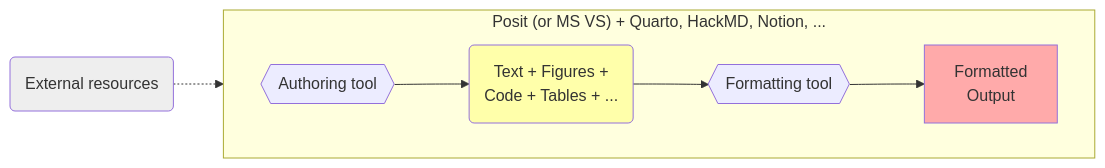
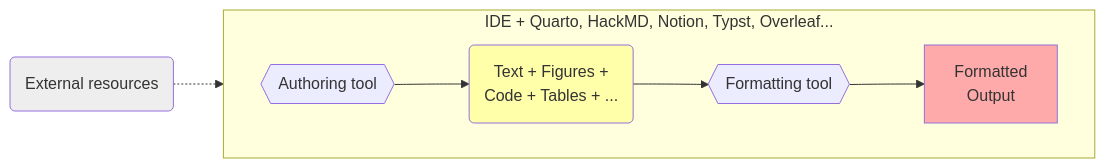
The second of 2 diagrams in booksource/introduction/authoring-and-formatting-tools.md (TAILOR-UoB/new_ways_of_publishing), drawn with Mermaid before and after one commit. The commit also changed other lines of this file and 4 other files, not shown here.

````diff
--- a/booksource/introduction/authoring-and-formatting-tools.md
+++ b/booksource/introduction/authoring-and-formatting-tools.md
@@ -41,14 +42,14 @@
 ```{mermaid}
 flowchart LR
   
     E1("External resources"):::external -.-> A1
-    subgraph "Posit (or MS VS) + Quarto, HackMD, Notion, ..." 
+    subgraph "IDE + Quarto, HackMD, Notion, Typst, Overleaf..." 
       direction LR
       A1{{"Authoring tool"}} --> I1("Text + Figures +\nCode + Tables + ..."):::input
       I1 --> P1{{"Formatting tool"}}
       P1 --> O1["Formatted\nOutput"]:::output
     end
     classDef external fill:#eee;
     classDef input fill:#ffa;
     classDef output fill:#faa;
 ```
````
